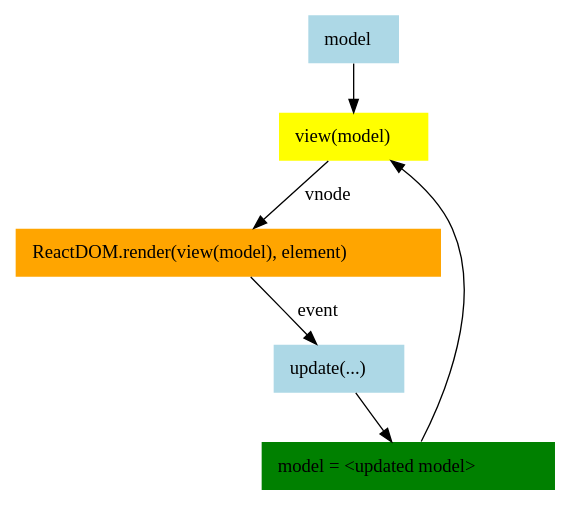
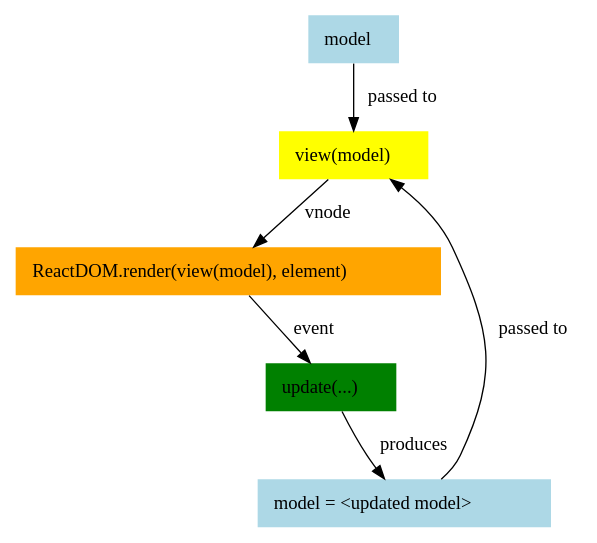
The diagram in tutorial/images/09-nesting-05.dot (foxdonut/meiosis), drawn with Graphviz before and after one commit. The commit also changed 3 other files, not shown here.

Commit message:
Improve diagrams

```diff
--- a/tutorial/images/09-nesting-05.dot
+++ b/tutorial/images/09-nesting-05.dot
@@ -1,47 +1,47 @@
 digraph meiosistutorial {
   model [shape="plaintext", style="filled", fillcolor="lightblue", label=<
     <table border="0">
       <tr>
         <td>model</td>
       </tr>
     </table>
   >]
 
   view [shape="plaintext", style="filled", fillcolor="yellow", label=<
     <table border="0">
       <tr>
         <td>view(model)</td>
       </tr>
     </table>
   >]
 
   render [shape="plaintext", style="filled", fillcolor="orange", label=<
     <table border="0">
       <tr>
         <td>ReactDOM.render(view(model), element)</td>
       </tr>
     </table>
   >]
 
-  update [shape="plaintext", style="filled", fillcolor="lightblue", label=<
+  update [shape="plaintext", style="filled", fillcolor="green", label=<
     <table border="0">
       <tr>
         <td>update(...)</td>
       </tr>
     </table>
   >]
 
-  modelupdate [shape="plaintext", style="filled", fillcolor="green", label=<
+  modelupdate [shape="plaintext", style="filled", fillcolor="lightblue", label=<
     <table border="0">
       <tr>
         <td>model = &lt;updated model&gt;</td>
       </tr>
     </table>
   >]
 
-  model -> view
+  model -> view [label=" passed to"]
   view -> render [label="vnode"]
   render -> update [label="event"]
-  update -> modelupdate
-  modelupdate -> view
+  update -> modelupdate [label=" produces"]
+  modelupdate -> view [label=" passed to"]
 }
```
